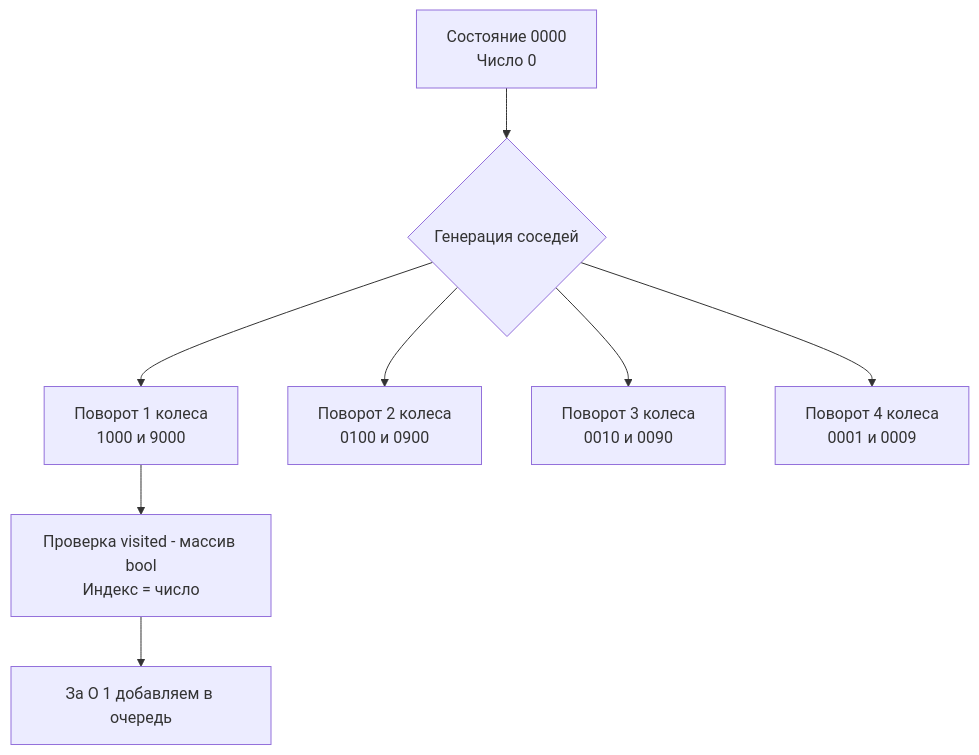
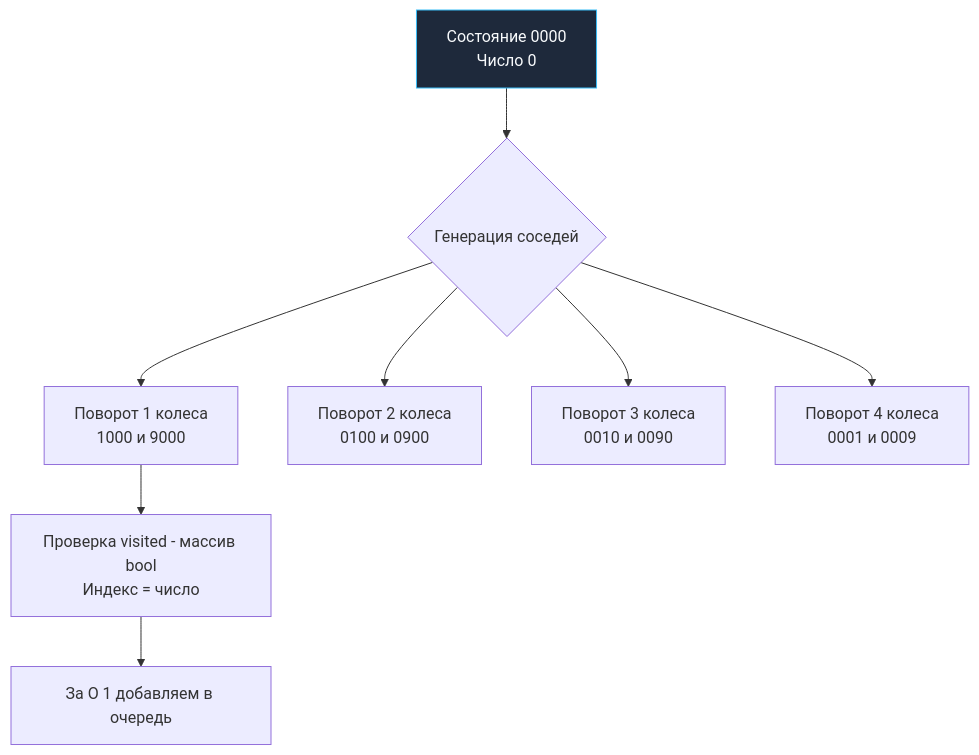
Before and after one commit to UnrealTemplier/go-textbook: the diagram in sources/21. Задачи с LeetCode и собеседований на Go/02. Задачи/12. Поиск в ширину BFS/7. Open the Lock.md, drawn with Mermaid. The commit also changed 1666 other files, not shown here.

First line of the commit message:
feat(mermaid): add semantic color classDef to 1369 colorless flowchart/graph diagrams

````diff
--- a/sources/21. Задачи с LeetCode и собеседований на Go/02. Задачи/12. Поиск в ширину BFS/7. Open the Lock.md
+++ b/sources/21. Задачи с LeetCode и собеседований на Go/02. Задачи/12. Поиск в ширину BFS/7. Open the Lock.md
@@ -112,11 +112,21 @@
 ```mermaid
 flowchart TD
-    A["Состояние 0000<br>Число 0"] --> B{"Генерация соседей"}
+    classDef process  fill:#1e293b,stroke:#38bdf8,stroke-width:1px,color:#f8fafc
+    classDef success  fill:#064e3b,stroke:#34d399,stroke-width:1px,color:#f8fafc
+    classDef error    fill:#7f1d1d,stroke:#f87171,stroke-width:1px,color:#f8fafc
+    classDef warning  fill:#78350f,stroke:#fbbf24,stroke-width:1px,color:#f8fafc
+    classDef entry    fill:#1e3a5f,stroke:#38bdf8,stroke-width:2px,color:#f8fafc
+    classDef aux      fill:#334155,stroke:#64748b,stroke-width:1px,color:#f8fafc
+    classDef system   fill:#312e81,stroke:#a78bfa,stroke-width:1px,color:#f8fafc
+    classDef data     fill:#132d29,stroke:#2dd4bf,stroke-width:1px,color:#f8fafc
+    classDef network  fill:#881337,stroke:#fb7185,stroke-width:1px,color:#f8fafc
+    classDef accent   fill:#1e1b4b,stroke:#818cf8,stroke-width:1px,color:#f8fafc
+    A["Состояние 0000<br>Число 0"]:::process --> B{"Генерация соседей"}
     B --> C["Поворот 1 колеса<br>1000 и 9000"]
     B --> D["Поворот 2 колеса<br>0100 и 0900"]
     B --> E["Поворот 3 колеса<br>0010 и 0090"]
     B --> F["Поворот 4 колеса<br>0001 и 0009"]
     
     C --> G["Проверка visited - массив bool<br>Индекс = число"]
     G --> H["За O 1 добавляем в очередь"]
 ```
````
